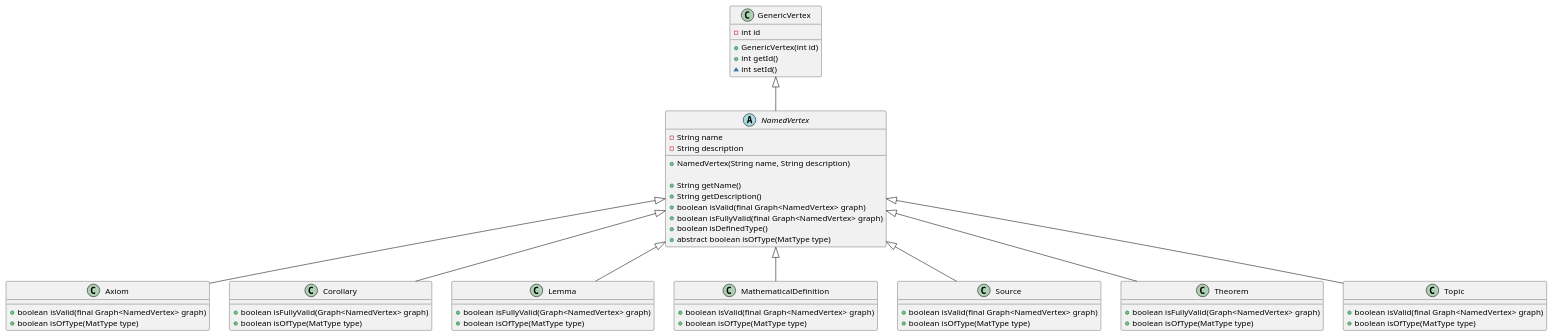
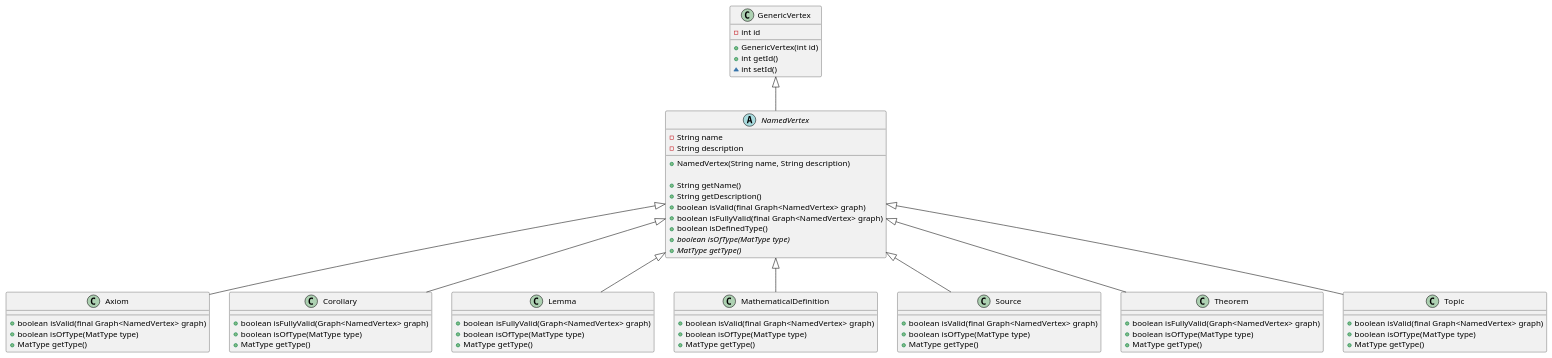
One commit to keksklauer4/MatLearn changed the diagram in uml/entity.puml. Above: the diagram before and after it, drawn with PlantUML. The commit also changed 8 other files, not shown here.

Commit message:
Added more uml

```diff
--- a/uml/entity.puml
+++ b/uml/entity.puml
@@ -3,70 +3,78 @@
 @startuml
 
 class GenericVertex {
     -int id
 
     +GenericVertex(int id)
     +int getId()
     ~int setId()
 }
 
 abstract class NamedVertex{
     -String name
     -String description
 
     +NamedVertex(String name, String description)
 
     +String getName()
     +String getDescription()
     +boolean isValid(final Graph<NamedVertex> graph)
     +boolean isFullyValid(final Graph<NamedVertex> graph)
     +boolean isDefinedType()
-    +abstract boolean isOfType(MatType type)
+    +{abstract} boolean isOfType(MatType type)
+    +{abstract} MatType getType()
 }
 
 class Axiom {
     +boolean isValid(final Graph<NamedVertex> graph)
     +boolean isOfType(MatType type)
+    +MatType getType()
 }
 
 class Corollary {
     +boolean isFullyValid(Graph<NamedVertex> graph)
     +boolean isOfType(MatType type)
+    +MatType getType()
 }
 
 class Lemma {
     +boolean isFullyValid(Graph<NamedVertex> graph)
     +boolean isOfType(MatType type)
+    +MatType getType()
 }
 
 class MathematicalDefinition {
     +boolean isValid(final Graph<NamedVertex> graph)
     +boolean isOfType(MatType type)
+    +MatType getType()
 }
 
 class Source {
     +boolean isValid(final Graph<NamedVertex> graph)
     +boolean isOfType(MatType type)
+    +MatType getType()
 }
 
 class Theorem {
     +boolean isFullyValid(Graph<NamedVertex> graph)
     +boolean isOfType(MatType type)
+    +MatType getType()
 }
 
 class Topic {
     +boolean isValid(final Graph<NamedVertex> graph)
     +boolean isOfType(MatType type)
+    +MatType getType()
 }
 
 GenericVertex <|-- NamedVertex
 
 NamedVertex <|-- Axiom
 NamedVertex <|-- Corollary
 NamedVertex <|-- Lemma
 NamedVertex <|-- MathematicalDefinition
 NamedVertex <|-- Source
 NamedVertex <|-- Theorem
 NamedVertex <|-- Topic
 
 @enduml
```
